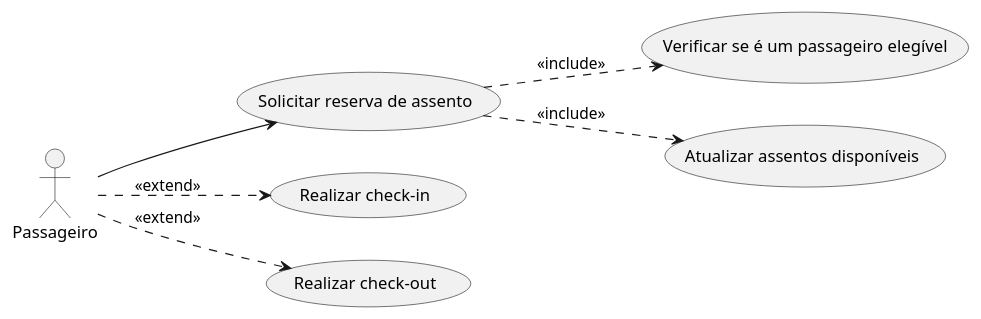
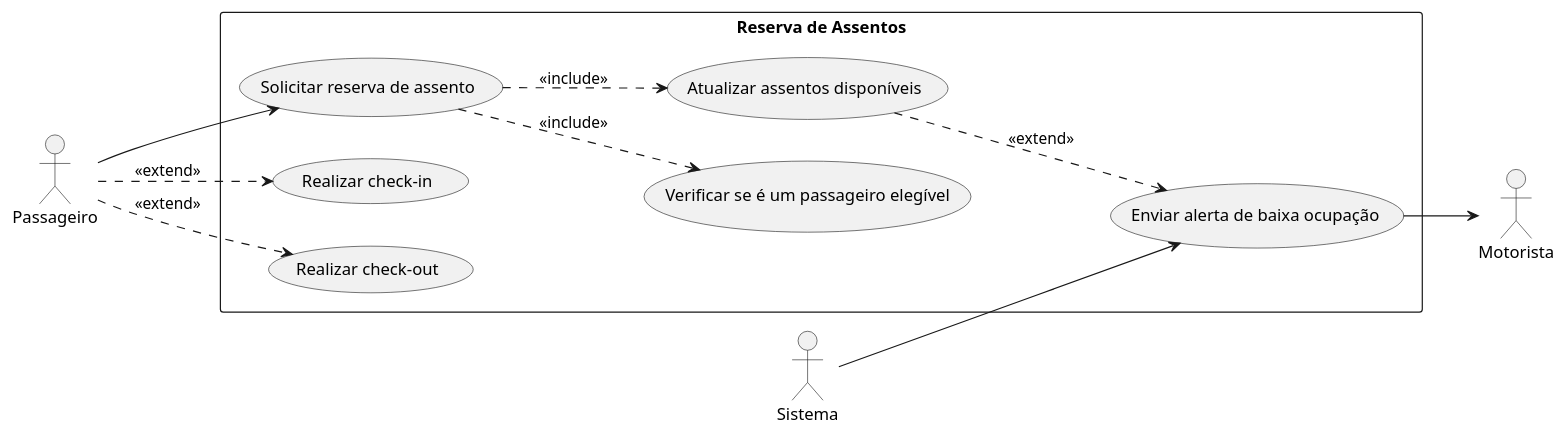
The diagram in estudoDeCasos/reserveAssentos.puml (AnaBeatrizA-Silva/CaronaCorporativa_EngSof), drawn with PlantUML before and after one commit. The commit also changed 4 other files, not shown here.

```diff
--- a/estudoDeCasos/reserveAssentos.puml
+++ b/estudoDeCasos/reserveAssentos.puml
@@ -1,20 +1,29 @@
 @startuml Reserva de Assentos
 
 left to right direction
 
 actor Passageiro
+actor Motorista
+actor Sistema
 
-usecase "Solicitar reserva de assento" as cadRes
-usecase "Verificar se é um passageiro elegível" as cadRes_VeriPassa
-usecase "Atualizar assentos disponíveis" as cadRes_AtlAsse
-usecase "Realizar check-in" as cadRes_checkIn
-usecase "Realizar check-out" as cadRes_checkOut
+rectangle "Reserva de Assentos" {
+    usecase "Solicitar reserva de assento" as cadRes
+    usecase "Verificar se é um passageiro elegível" as cadRes_VeriPassa
+    usecase "Atualizar assentos disponíveis" as cadRes_AtlAsse
+    usecase "Enviar alerta de baixa ocupação" as cadRes_Alerta
+    usecase "Realizar check-in" as cadRes_checkIn
+    usecase "Realizar check-out" as cadRes_checkOut
+}
 
 
-Passageiro --> cadRes
+Passageiro --> cadRes 
 cadRes ..> cadRes_VeriPassa: <<include>>
 cadRes ..> cadRes_AtlAsse: <<include>>
+cadRes_AtlAsse ..> cadRes_Alerta: <<extend>>
+'Sem certeza que está certo:
+Sistema -->  cadRes_Alerta 
+cadRes_Alerta --> Motorista
 Passageiro ..> cadRes_checkIn: <<extend>>
 Passageiro ..> cadRes_checkOut: <<extend>>
 
 @enduml
```
